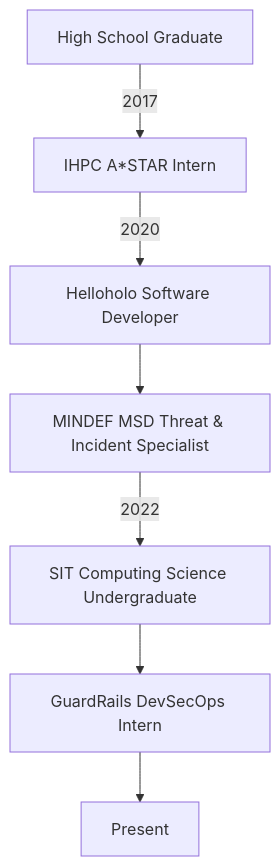
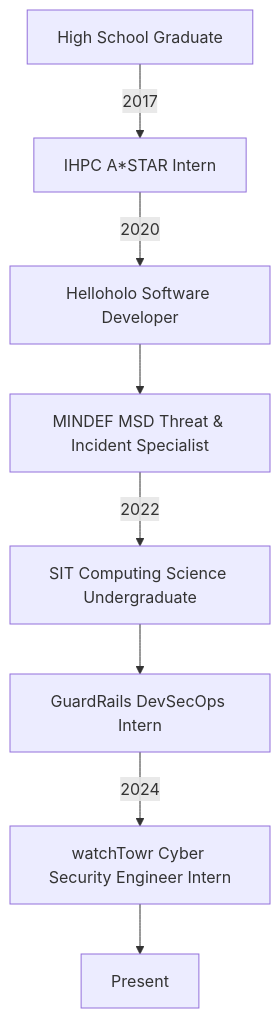
One commit to mcdulltii/mcdulltii changed the diagram in README.md. Above: the diagram before and after it, drawn with Mermaid.

Commit message:
Added watchTowr role

````diff
--- a/README.md
+++ b/README.md
@@ -12,14 +12,16 @@
 ```mermaid
 flowchart TD
 Start[High School Graduate] -- 2017 --> Emp1[IHPC A*STAR Intern] 
 Emp1 -- 2020 --> Emp2[Helloholo Software Developer]
 Emp2 --> Emp3[MINDEF MSD Threat & Incident Specialist]
 Emp3 -- 2022 --> Uni[SIT Computing Science Undergraduate]
 Uni --> Emp4[GuardRails DevSecOps Intern]
-Emp4 --> End[Present]
+Emp4 -- 2024 --> Emp5[watchTowr Cyber Security Engineer Intern]
+Emp5 --> End[Present]
 
 click Emp1 "https://github.com/mcdulltii/Resume/blob/master/resume.md#intern-at-institute-of-high-performance-computing-ihpc-astar-may-2017----jan-2018" _blank
 click Emp2 "https://github.com/mcdulltii/Resume/blob/master/resume.md#software-developer-at-helloholo-nov-2020----jan-2021" _blank
 click Emp3 "https://github.com/mcdulltii/Resume/blob/master/resume.md#threat-and-incident-specialist-at-mindef---military-security-department-msd-apr-2020----apr-2022" _blank
 click Emp4 "https://github.com/mcdulltii/Resume/blob/master/resume.md#devsecops-intern-at-guardrails-oct-2022---dec-2022" _blank
+click Emp5 "https://github.com/mcdulltii/Resume/blob/master/resume.md#cyber-security-engineer-intern-at-watchtowr-apr-2024---july-2024" _blank
 ```
````
